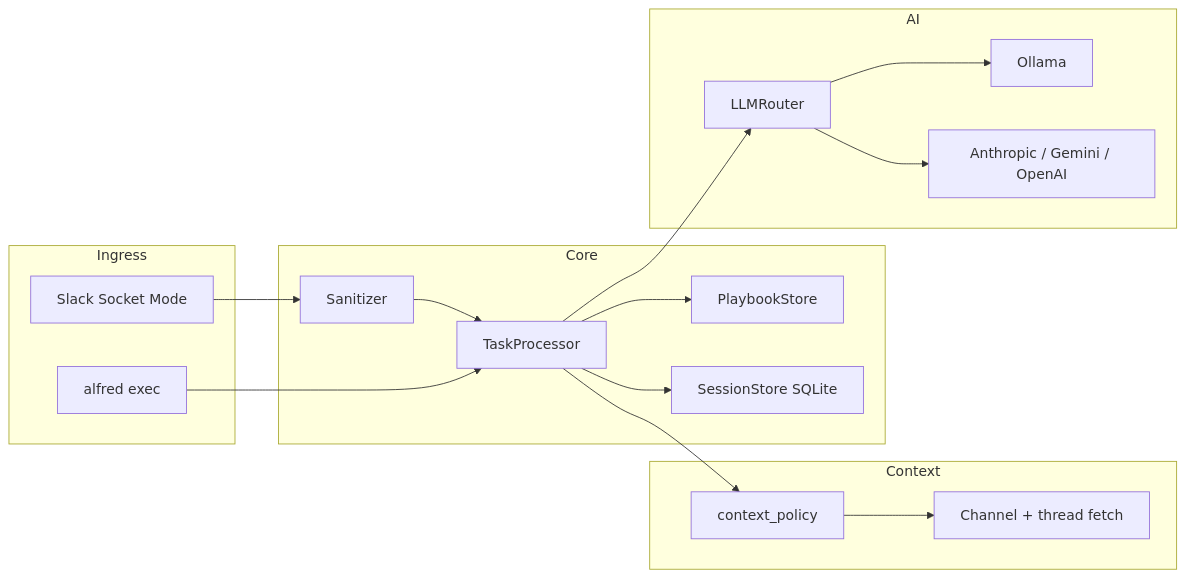
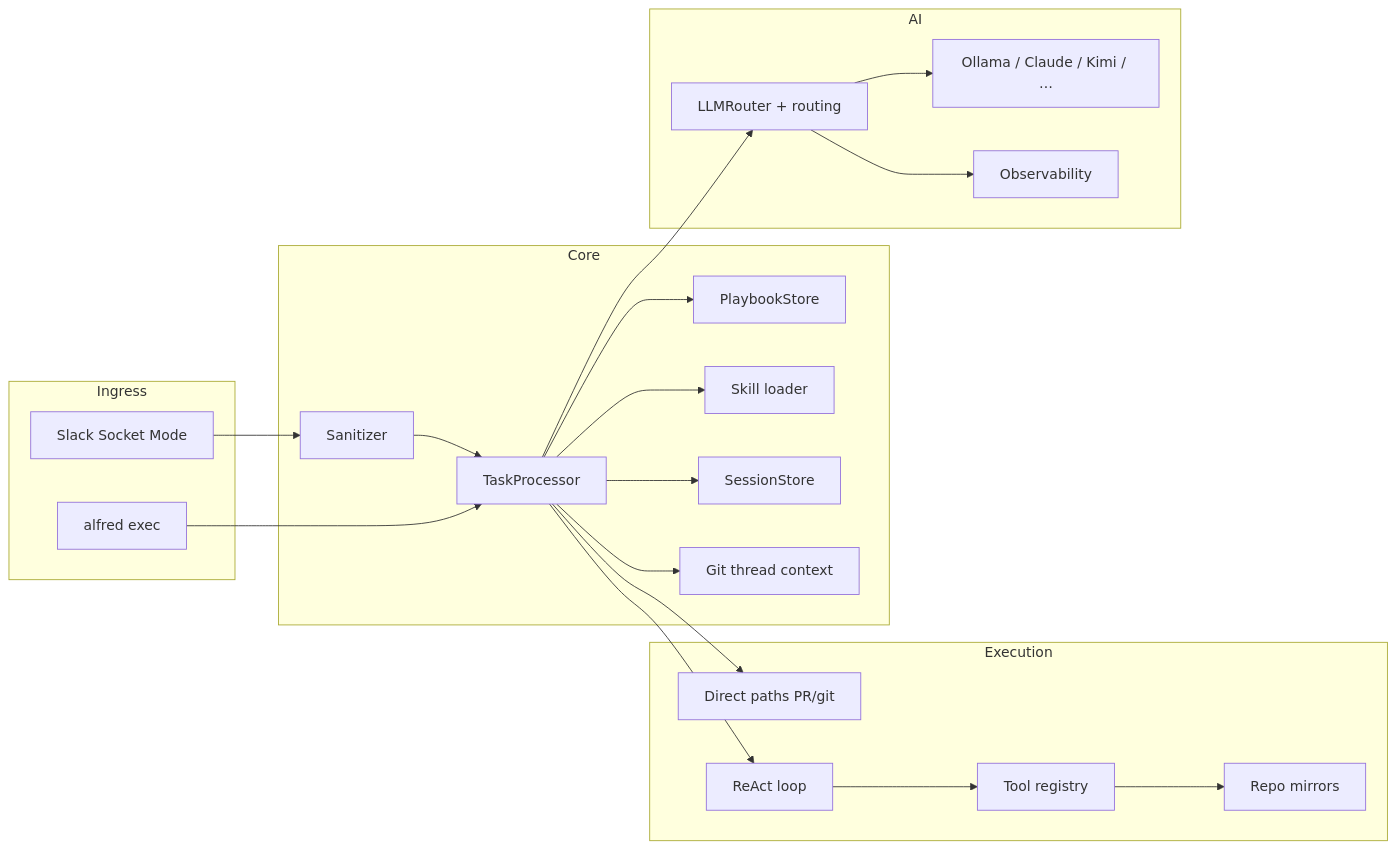
The diagram in README.md (Amit3200/alfred), drawn with Mermaid before and after one commit. The commit also changed other lines of this file and 34 other files, not shown here.

````diff
--- a/README.md
+++ b/README.md
@@ -39,33 +285,37 @@
 ```mermaid
 flowchart LR
     subgraph ingress [Ingress]
         Slack[Slack Socket Mode]
         CLI[alfred exec]
     end
 
     subgraph core [Core]
         Sanitize[Sanitizer]
         Processor[TaskProcessor]
         Playbooks[PlaybookStore]
-        Sessions[SessionStore SQLite]
+        Skills[Skill loader]
+        Sessions[SessionStore]
+        GitCtx[Git thread context]
     end
 
-    subgraph context [Context]
-        SlackCtx[Channel + thread fetch]
-        Policy[context_policy]
+    subgraph exec [Execution]
+        Direct[Direct paths PR/git]
+        Agent[ReAct loop]
+        Tools[Tool registry]
+        Mirrors[Repo mirrors]
     end
 
     subgraph ai [AI]
-        Router[LLMRouter]
-        Ollama[Ollama]
-        Cloud[Anthropic / Gemini / OpenAI]
+        Router[LLMRouter + routing]
+        Providers[Ollama / Claude / Kimi / …]
+        Obs[Observability]
     end
 
     Slack --> Sanitize --> Processor
     CLI --> Processor
-    Processor --> Policy --> SlackCtx
-    Processor --> Playbooks
-    Processor --> Sessions
-    Processor --> Router
-    Router --> Ollama & Cloud
+    Processor --> Playbooks & Skills & Sessions & GitCtx
+    Processor --> Direct & Agent
+    Agent --> Tools --> Mirrors
+    Processor --> Router --> Providers
+    Router --> Obs
 ```
````
